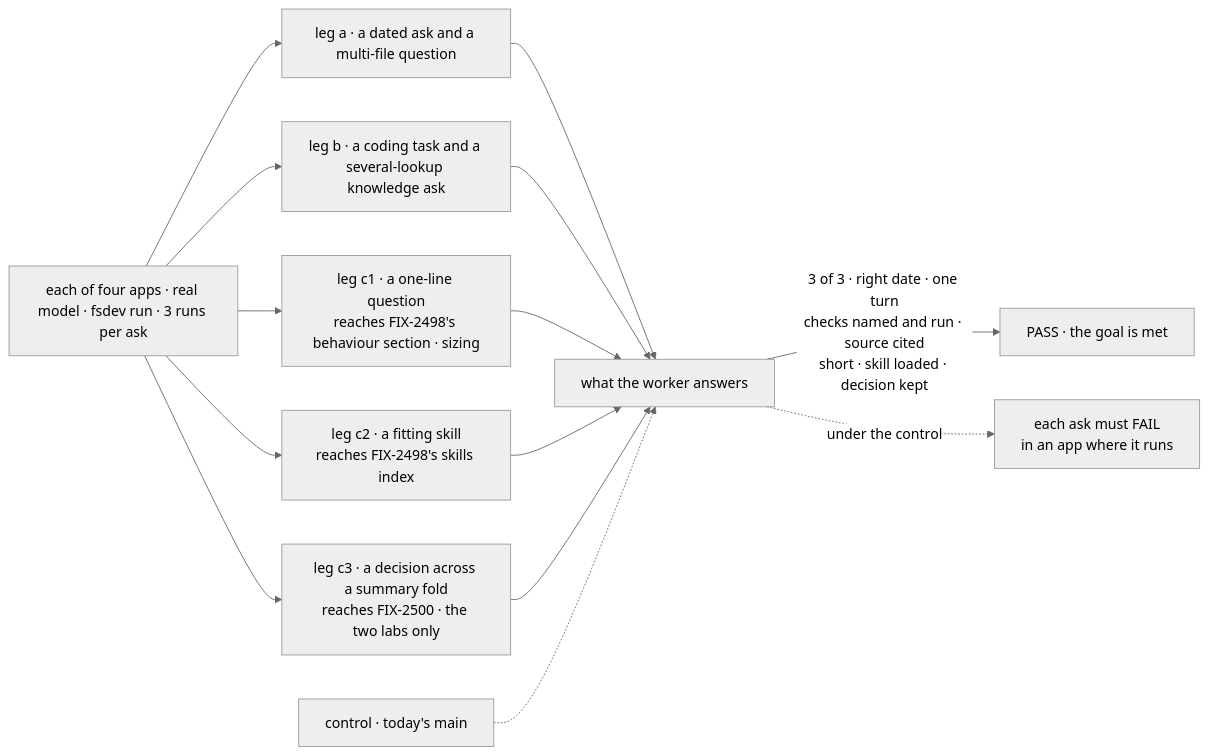
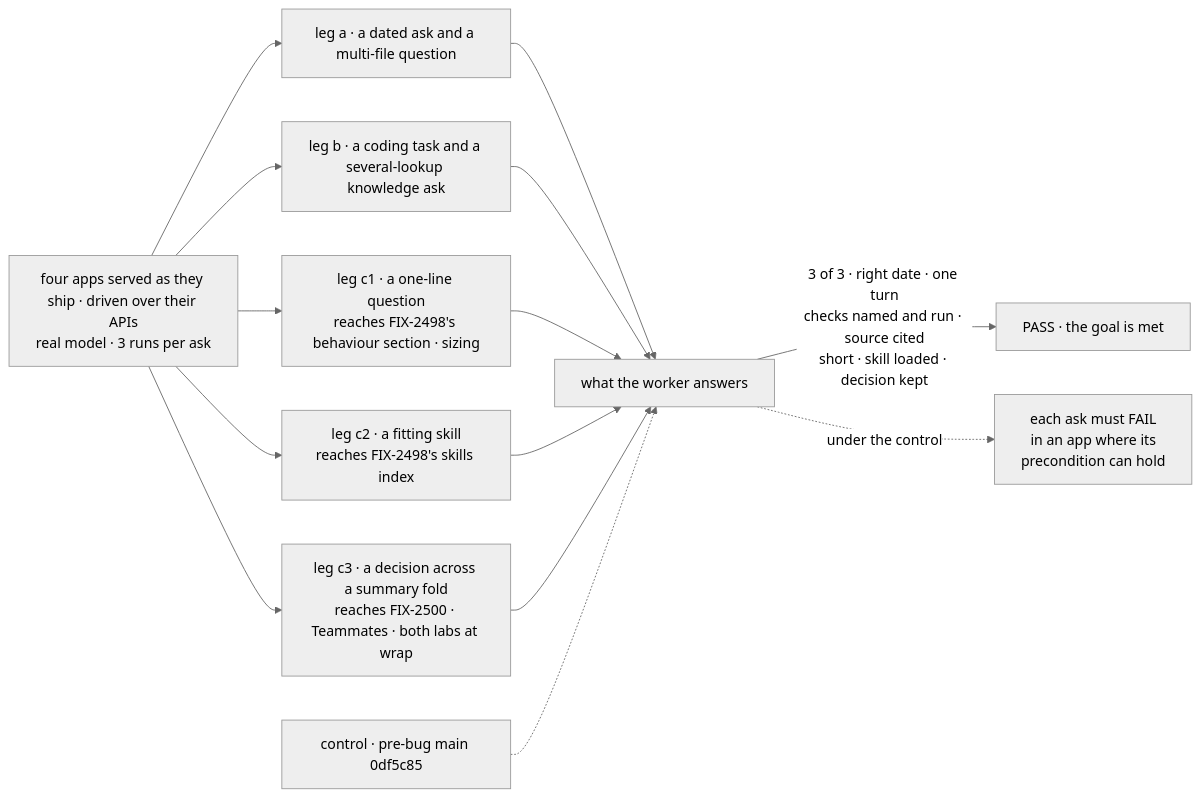
Before and after one commit to fixpoint-labs/flow-state-dev: the first of 2 diagrams in specs/epics/FIX-2490/SPEC.md, drawn with Mermaid (neutral theme). The commit also changed other lines of this file and 2 other files, not shown here.

````diff
--- a/specs/epics/FIX-2490/SPEC.md
+++ b/specs/epics/FIX-2490/SPEC.md
@@ -33,16 +33,16 @@
 ```mermaid
 flowchart LR
-  A["each of four apps · real model · fsdev run · 3 runs per ask"] --> L1["leg a · a dated ask and a multi-file question"]
+  A["four apps served as they ship · driven over their APIs<br/>real model · 3 runs per ask"] --> L1["leg a · a dated ask and a multi-file question"]
   A --> L2["leg b · a coding task and a several-lookup knowledge ask"]
   A --> C1["leg c1 · a one-line question<br/>reaches FIX-2498's behaviour section · sizing"]
   A --> C2["leg c2 · a fitting skill<br/>reaches FIX-2498's skills index"]
-  A --> C3["leg c3 · a decision across a summary fold<br/>reaches FIX-2500 · the two labs only"]
+  A --> C3["leg c3 · a decision across a summary fold<br/>reaches FIX-2500 · Teammates · both labs at wrap"]
   L1 --> T["what the worker answers"]
   L2 --> T
   C1 --> T
   C2 --> T
   C3 --> T
   T -->|"3 of 3 · right date · one turn<br/>checks named and run · source cited<br/>short · skill loaded · decision kept"| P["PASS · the goal is met"]
-  C["control · today's main"] -.-> T
-  T -.->|"under the control"| F["each ask must FAIL<br/>in an app where it runs"]
+  C["control · pre-bug main 0df5c85"] -.-> T
+  T -.->|"under the control"| F["each ask must FAIL<br/>in an app where its<br/>precondition can hold"]
 ```
````
